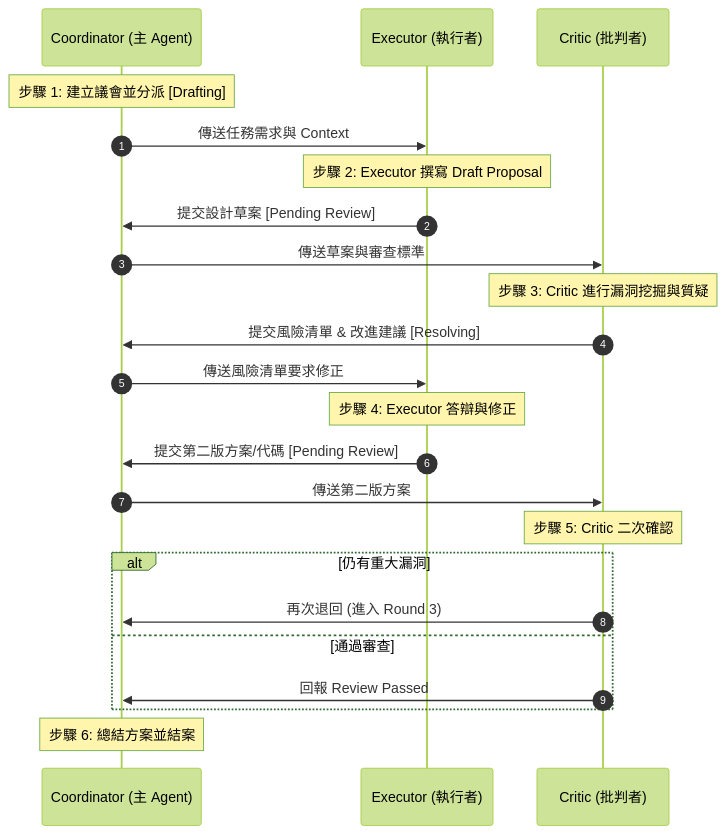
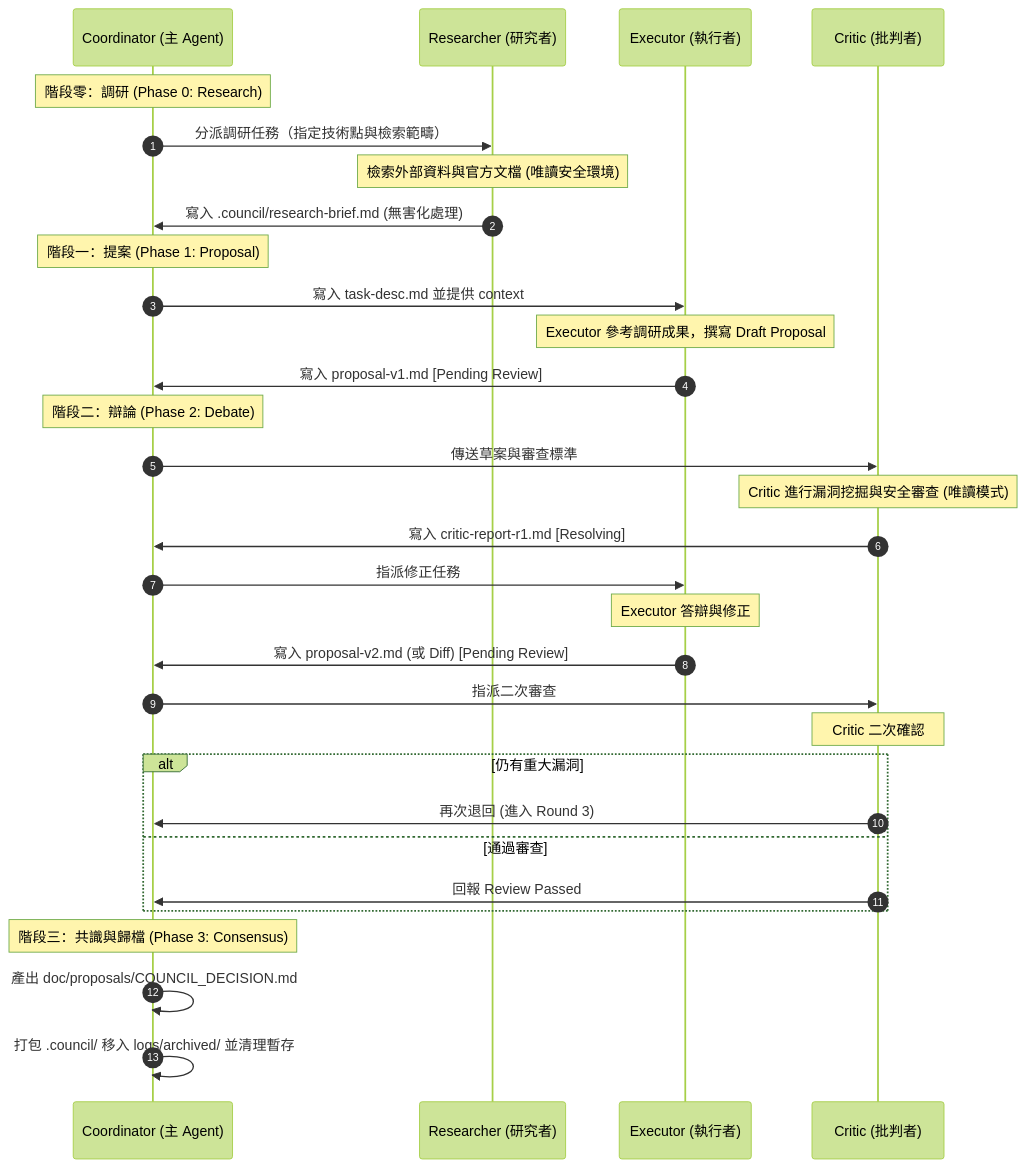
One commit to a225588a2/agent-project-template changed the second of 2 diagrams in plan/COUNCIL.md. Above: the diagram before and after it, drawn with Mermaid (forest theme). The commit also changed other lines of this file and 5 other files, not shown here.

Commit message:
20260628-3 Refine council flow and implement dual-path memory store

````diff
--- a/plan/COUNCIL.md
+++ b/plan/COUNCIL.md
@@ -86,31 +93,39 @@
 ```mermaid
 sequenceDiagram
     autonumber
     participant Coord as Coordinator (主 Agent)
+    participant Res as Researcher (研究者)
     participant Exec as Executor (執行者)
     participant Crit as Critic (批判者)
 
-    Note over Coord: 步驟 1: 建立議會並分派 [Drafting]
-    Coord->>Exec: 傳送任務需求與 Context
+    Note over Coord: 階段零：調研 (Phase 0: Research)
+    Coord->>Res: 分派調研任務（指定技術點與檢索範疇）
+    Note over Res: 檢索外部資料與官方文檔 (唯讀安全環境)
+    Res->>Coord: 寫入 .council/research-brief.md (無害化處理)
 
-    Note over Exec: 步驟 2: Executor 撰寫 Draft Proposal
-    Exec->>Coord: 提交設計草案 [Pending Review]
+    Note over Coord: 階段一：提案 (Phase 1: Proposal)
+    Coord->>Exec: 寫入 task-desc.md 並提供 context
+    Note over Exec: Executor 參考調研成果，撰寫 Draft Proposal
+    Exec->>Coord: 寫入 proposal-v1.md [Pending Review]
     
+    Note over Coord: 階段二：辯論 (Phase 2: Debate)
     Coord->>Crit: 傳送草案與審查標準
-    Note over Crit: 步驟 3: Critic 進行漏洞挖掘與質疑
-    Crit->>Coord: 提交風險清單 & 改進建議 [Resolving]
+    Note over Crit: Critic 進行漏洞挖掘與安全審查 (唯讀模式)
+    Crit->>Coord: 寫入 critic-report-r1.md [Resolving]
 
-    Coord->>Exec: 傳送風險清單要求修正
-    Note over Exec: 步驟 4: Executor 答辯與修正
-    Exec->>Coord: 提交第二版方案/代碼 [Pending Review]
+    Coord->>Exec: 指派修正任務
+    Note over Exec: Executor 答辯與修正
+    Exec->>Coord: 寫入 proposal-v2.md (或 Diff) [Pending Review]
 
-    Coord->>Crit: 傳送第二版方案
-    Note over Crit: 步驟 5: Critic 二次確認
+    Coord->>Crit: 指派二次審查
+    Note over Crit: Critic 二次確認
     alt 仍有重大漏洞
         Crit->>Coord: 再次退回 (進入 Round 3)
     else 通過審查
         Crit->>Coord: 回報 Review Passed
     end
 
-    Note over Coord: 步驟 6: 總結方案並結案
+    Note over Coord: 階段三：共識與歸檔 (Phase 3: Consensus)
+    Coord->>Coord: 產出 doc/proposals/COUNCIL_DECISION.md
+    Coord->>Coord: 打包 .council/ 移入 logs/archived/ 並清理暫存
 ```
````
